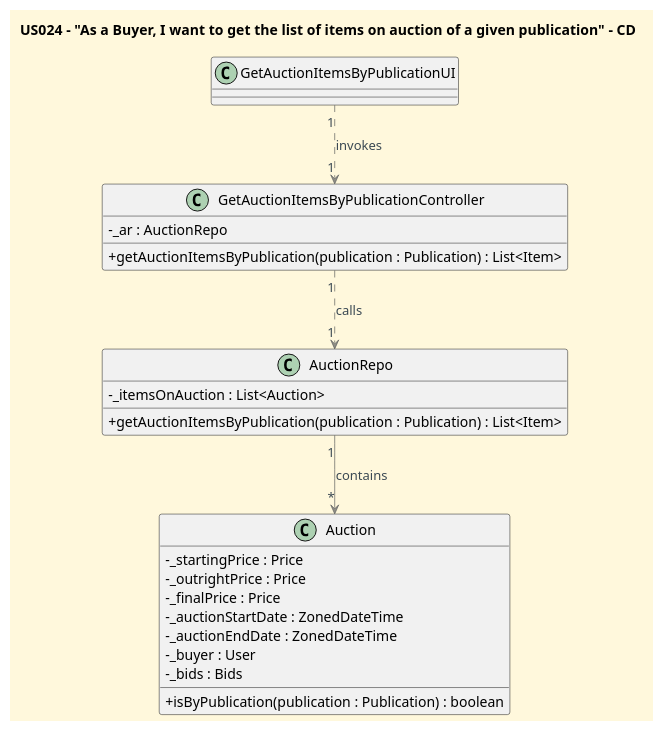
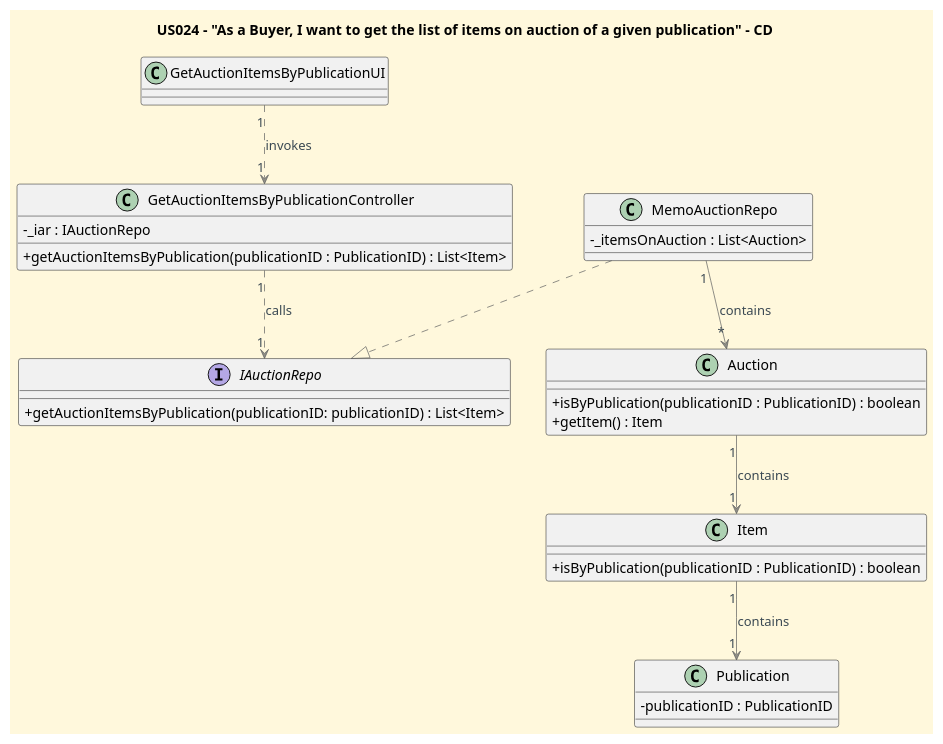
One commit to CarolinaLeite-collab/JavaMarketplacePlatform changed the diagram in docs/userStories/US024/US024_get_list_of_items_on_auction_of_given_publication_CD.puml. Above: the diagram before and after it, drawn with PlantUML. The commit also changed 2 other files, not shown here.

```diff
--- a/docs/userStories/US024/US024_get_list_of_items_on_auction_of_given_publication_CD.puml
+++ b/docs/userStories/US024/US024_get_list_of_items_on_auction_of_given_publication_CD.puml
@@ -1,52 +1,56 @@
 @startuml
 'https://plantuml.com/class-diagram
 title US024 - "As a Buyer, I want to get the list of items on auction of a given publication" - CD
 
 '==== basic style ====
 skinparam monochrome false
 skinparam shadowing false
 skinparam defaultFontName Futura
 skinparam objectFontSize 20
 skinparam backgroundColor CornSilk
 skinparam objectBackgroundColor WhiteSmoke
 skinparam noteBackgroundColor #FFFFE0
 skinparam ArrowFontColor #3B4953
 skinparam ActivationBackgroundColor black
 skinparam classAttributeIconSize 0
 skinparam ArrowColor #57595BAA
 
 
 class GetAuctionItemsByPublicationUI {
 
 }
 
 class GetAuctionItemsByPublicationController {
-
-- _ar : AuctionRepo
-+ getAuctionItemsByPublication(publication : Publication) : List<Item>
+- _iar : IAuctionRepo
++ getAuctionItemsByPublication(publicationID : PublicationID) : List<Item>
 }
 
-class AuctionRepo {
+interface IAuctionRepo{
++ getAuctionItemsByPublication(publicationID: publicationID) : List<Item>
+}
+
+class MemoAuctionRepo {
 - _itemsOnAuction : List<Auction>
-+getAuctionItemsByPublication(publication : Publication) : List<Item>
-
 }
 
 class Auction {
++isByPublication(publicationID : PublicationID) : boolean
++ getItem() : Item
+}
 
--_startingPrice : Price
--_outrightPrice : Price
--_finalPrice : Price
-- _auctionStartDate : ZonedDateTime
--_auctionEndDate : ZonedDateTime
--_buyer : User
--_bids : Bids
-+isByPublication(publication : Publication) : boolean
+class Item {
++ isByPublication(publicationID : PublicationID) : boolean
+}
 
+class Publication {
+- publicationID : PublicationID
 }
 
 GetAuctionItemsByPublicationUI "1" ..> "1" GetAuctionItemsByPublicationController : invokes
-GetAuctionItemsByPublicationController "1" ..> "1" AuctionRepo : calls
-AuctionRepo "1" --> "*" Auction : contains
+GetAuctionItemsByPublicationController "1" ..> "1" IAuctionRepo : calls
+MemoAuctionRepo ..|> IAuctionRepo
+MemoAuctionRepo "1" --> "*" Auction : contains
+Auction "1" --> "1" Item : contains
+Item "1" --> "1" Publication : contains
 
 @enduml
```
